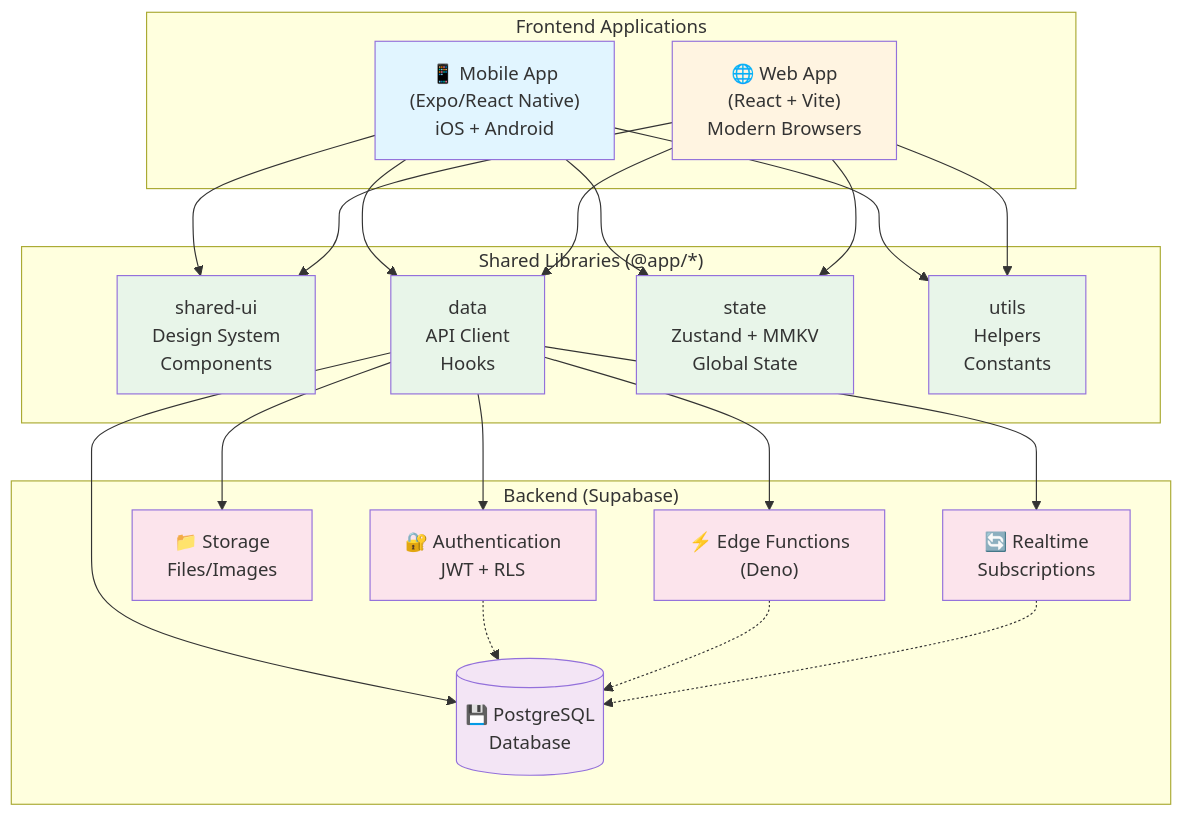
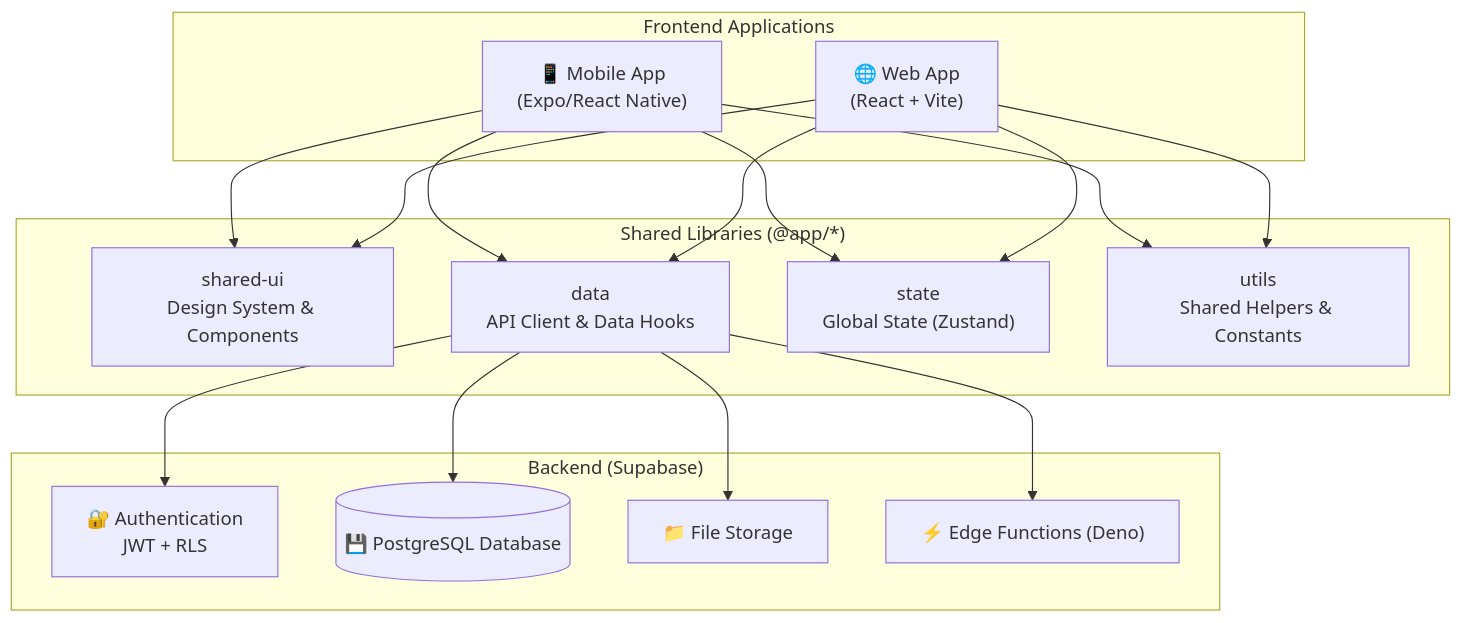
Before and after one commit to willbnu/Product-Blueprint: the second of 2 diagrams in README.md, drawn with Mermaid. The commit also changed other lines of this file and 2 other files, not shown here.

````diff
--- a/README.md
+++ b/README.md
@@ -224,54 +98,25 @@
 ```mermaid
 graph TB
     subgraph "Frontend Applications"
-        Mobile["📱 Mobile App<br/>(Expo/React Native)<br/>iOS + Android"]
-        Web["🌐 Web App<br/>(React + Vite)<br/>Modern Browsers"]
+        Mobile["📱 Mobile App<br/>(Expo/React Native)"]
+        Web["🌐 Web App<br/>(React + Vite)"]
     end
 
     subgraph "Shared Libraries (@app/*)"
-        UI["shared-ui<br/>Design System<br/>Components"]
-        Data["data<br/>API Client<br/>Hooks"]
-        State["state<br/>Zustand + MMKV<br/>Global State"]
-        Utils["utils<br/>Helpers<br/>Constants"]
+        UI["shared-ui<br/>Design System & Components"]
+        Data["data<br/>API Client & Data Hooks"]
+        State["state<br/>Global State (Zustand)"]
+        Utils["utils<br/>Shared Helpers & Constants"]
     end
 
     subgraph "Backend (Supabase)"
         Auth["🔐 Authentication<br/>JWT + RLS"]
-        DB[("💾 PostgreSQL<br/>Database")]
-        Storage["📁 Storage<br/>Files/Images"]
-        Edge["⚡ Edge Functions<br/>(Deno)"]
-        Realtime["🔄 Realtime<br/>Subscriptions"]
+        DB[("💾 PostgreSQL Database")]
+        Storage["📁 File Storage"]
+        Edge["⚡ Edge Functions (Deno)"]
     end
 
-    Mobile --> UI
-    Mobile --> Data
-    Mobile --> State
-    Mobile --> Utils
-
-    Web --> UI
-    Web --> Data
-    Web --> State
-    Web --> Utils
-
-    Data --> Auth
-    Data --> DB
-    Data --> Storage
-    Data --> Edge
-    Data --> Realtime
-
-    Auth -.-> DB
-    Edge -.-> DB
-    Realtime -.-> DB
-
-    style Mobile fill:#e1f5ff
-    style Web fill:#fff4e1
-    style UI fill:#e8f5e9
-    style Data fill:#e8f5e9
-    style State fill:#e8f5e9
-    style Utils fill:#e8f5e9
-    style Auth fill:#fce4ec
-    style DB fill:#f3e5f5
-    style Storage fill:#fce4ec
-    style Edge fill:#fce4ec
-    style Realtime fill:#fce4ec
+    Mobile --> UI; Mobile --> Data; Mobile --> State; Mobile --> Utils;
+    Web --> UI; Web --> Data; Web --> State; Web --> Utils;
+    Data --> Auth; Data --> DB; Data --> Storage; Data --> Edge;
 ```
````
